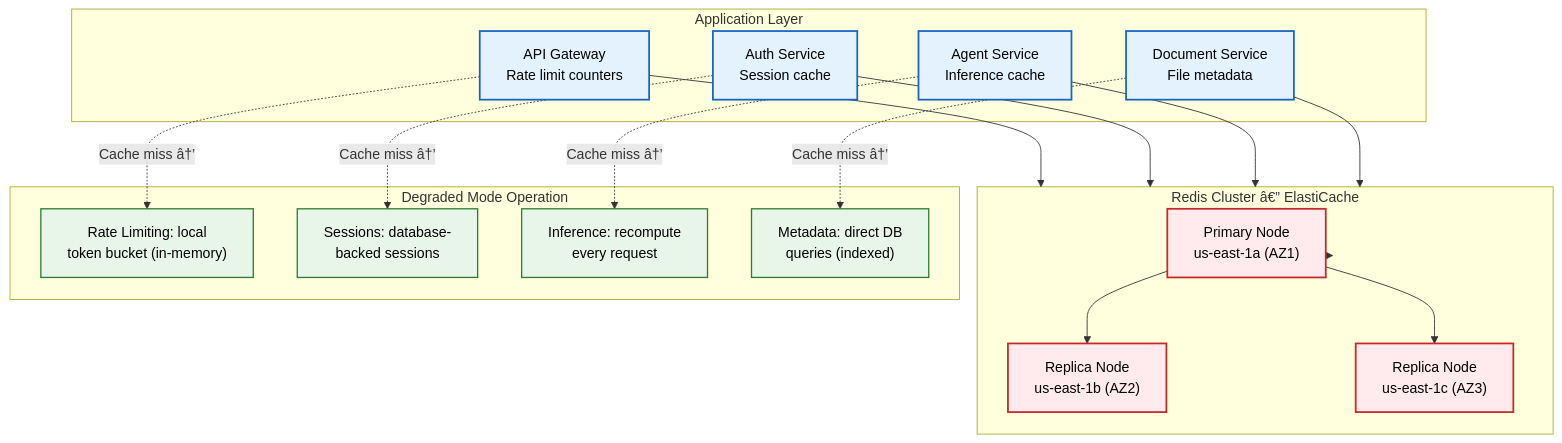
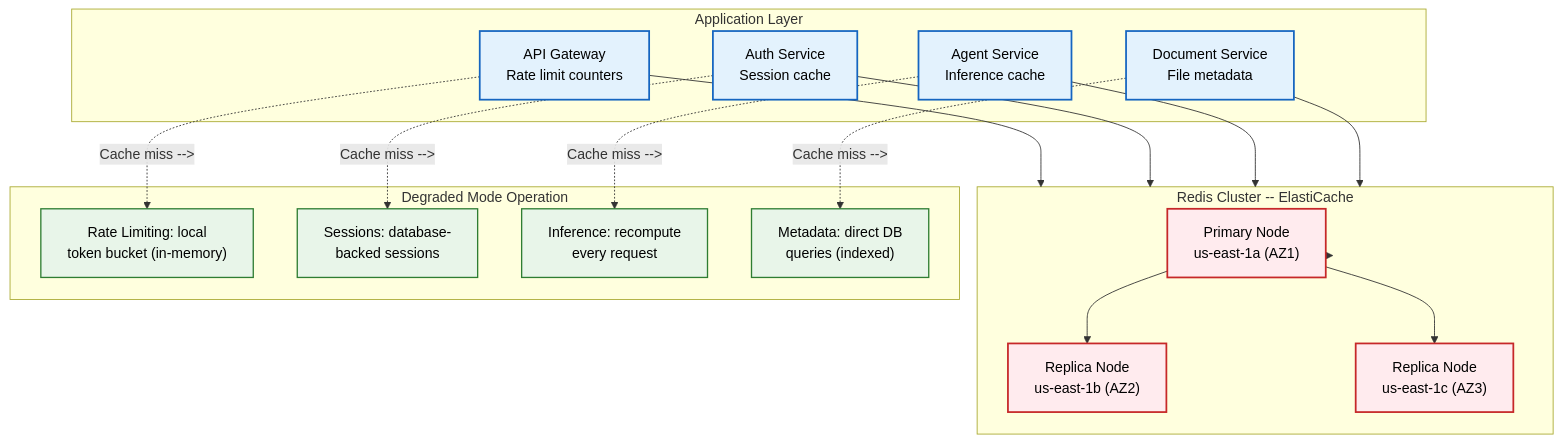
The first of 2 diagrams in Docs/Operations/Runbooks/Cache-Failure.md (Driftloom/Vaeloom), drawn with Mermaid before and after one commit. The commit also changed other lines of this file and 16 other files, not shown here.

````diff
--- a/Docs/Operations/Runbooks/Cache-Failure.md
+++ b/Docs/Operations/Runbooks/Cache-Failure.md
@@ -16,39 +16,39 @@
 ```mermaid
 graph TD
     classDef app fill:#e3f2fd,stroke:#1565c0,color:#000,stroke-width:2px
     classDef redis fill:#ffebee,stroke:#c62828,color:#000,stroke-width:2px
     classDef fallback fill:#e8f5e9,stroke:#2e7d32,color:#000,stroke-width:1.5px
 
     subgraph Applications["Application Layer"]
         API["API Gateway<br/>Rate limit counters"]
         AUTH["Auth Service<br/>Session cache"]
         AGENT["Agent Service<br/>Inference cache"]
         DOC["Document Service<br/>File metadata"]
     end
 
-    subgraph Redis["Redis Cluster â€” ElastiCache"]
+    subgraph Redis["Redis Cluster -- ElastiCache"]
         R1["Primary Node<br/>us-east-1a (AZ1)"]
         R2["Replica Node<br/>us-east-1b (AZ2)"]
         R3["Replica Node<br/>us-east-1c (AZ3)"]
     end
 
     subgraph Fallback["Degraded Mode Operation"]
         F1["Rate Limiting: local<br/>token bucket (in-memory)"]
         F2["Sessions: database-<br/>backed sessions"]
         F3["Inference: recompute<br/>every request"]
         F4["Metadata: direct DB<br/>queries (indexed)"]
     end
 
     API & AUTH & AGENT & DOC --> Redis
     Redis --> R1
     R1 --> R2 & R3
     
-    API -.->|Cache miss â†’| F1
-    AUTH -.->|Cache miss â†’| F2
-    AGENT -.->|Cache miss â†’| F3
-    DOC -.->|Cache miss â†’| F4
+    API -.->|Cache miss -->| F1
+    AUTH -.->|Cache miss -->| F2
+    AGENT -.->|Cache miss -->| F3
+    DOC -.->|Cache miss -->| F4
 
     class API,AUTH,AGENT,DOC app
     class R1,R2,R3 redis
     class F1,F2,F3,F4 fallback
 ```
````
